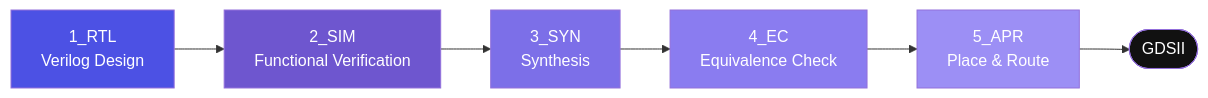
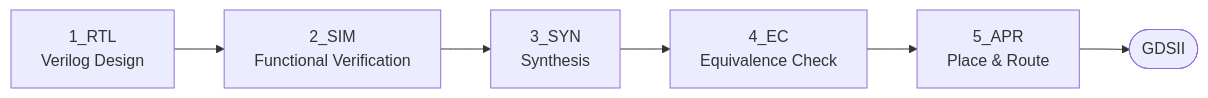
Before and after one commit to Hongjayeong-02/Basic_SoC_implementation: the diagram in README.md, drawn with Mermaid. The commit also changed other lines of this file, not shown here.

````diff
--- a/README.md
+++ b/README.md
@@ -54,15 +55,8 @@
 ```mermaid
 flowchart LR
     A["1_RTL\nVerilog Design"] --> B["2_SIM\nFunctional Verification"]
     B --> C["3_SYN\nSynthesis"]
     C --> D["4_EC\nEquivalence Check"]
     D --> E["5_APR\nPlace & Route"]
     E --> F(["GDSII"])
-
-    style A fill:#4C51E4,color:#fff
-    style B fill:#6E56CF,color:#fff
-    style C fill:#7C6FE8,color:#fff
-    style D fill:#8A7CF0,color:#fff
-    style E fill:#9C8FF5,color:#fff
-    style F fill:#111,color:#fff
 ```
````
